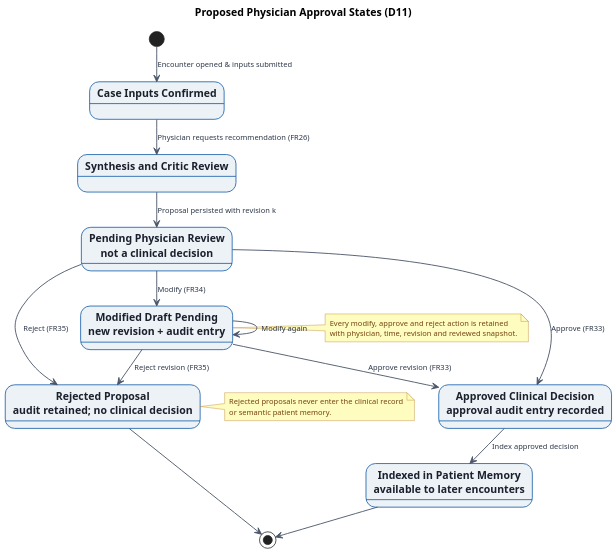
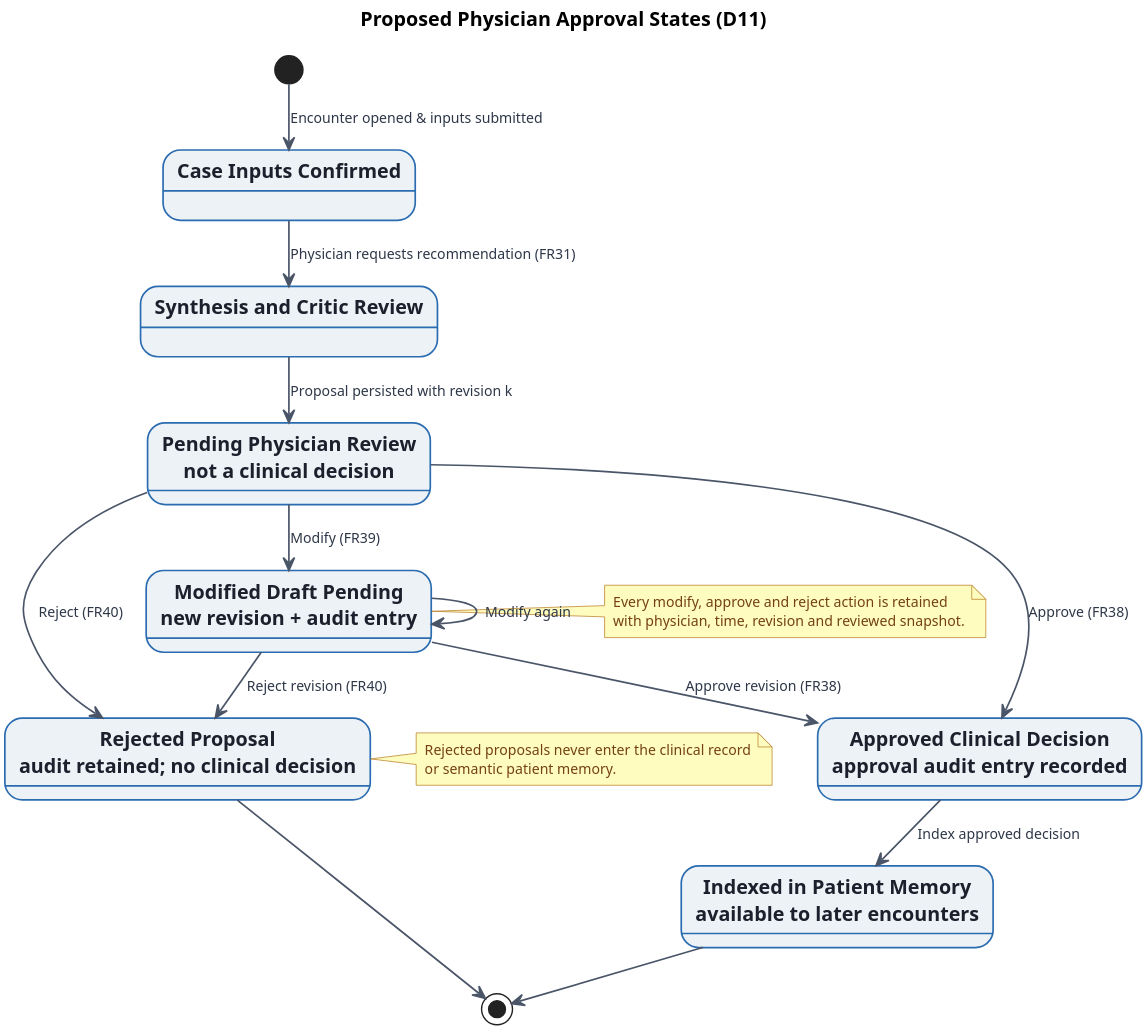
Before and after one commit to fatimamalik2307/fyp-report: the diagram in esha/diagrams/approval_states.puml, drawn with PlantUML. The commit also changed 53 other files, not shown here.

```diff
--- a/esha/diagrams/approval_states.puml
+++ b/esha/diagrams/approval_states.puml
@@ -1,81 +1,81 @@
 @startuml esha_D11_approval_states
 skinparam backgroundColor #FFFFFF
 skinparam shadowing false
 skinparam defaultFontName "Helvetica", "Arial", sans-serif
 skinparam defaultFontSize 14
-skinparam dpi 160
+skinparam dpi 300
 skinparam nodesep 32
 skinparam ranksep 32
 
 skinparam state {
     BackgroundColor #EDF2F7
     BorderColor #2B6CB0
     BorderThickness 1.2
     FontColor #1A202C
     FontStyle bold
     StartColor #2B6CB0
     EndColor #C53030
 }
 
 skinparam note {
     BackgroundColor #FEFCBF
     BorderColor #B7791F
     FontColor #744210
     FontSize 10
 }
 
 skinparam arrow {
     Color #4A5568
     Thickness 1.2
     FontColor #2D3748
     FontSize 10
 }
 
 title Proposed Physician Approval States (D11)
 
 [*] --> CaseDrafting : Encounter opened & inputs submitted
 
 state "Case Inputs Confirmed" as CaseDrafting
 
-CaseDrafting --> SynthesisAndCritic : Physician requests recommendation (FR26)
+CaseDrafting --> SynthesisAndCritic : Physician requests recommendation (FR31)
 
 state "Synthesis and Critic Review" as SynthesisAndCritic
 
 SynthesisAndCritic --> PendingReview : Proposal persisted with revision k
 
 state "Pending Physician Review\nnot a clinical decision" as PendingReview
 
 state "Modified Draft Pending\nnew revision + audit entry" as ModifiedDraftPending
 
 state "Approved Clinical Decision\napproval audit entry recorded" as ExplicitlyApproved
 
 state "Indexed in Patient Memory\navailable to later encounters" as IndexedInSemanticMemory
 
 state "Rejected Proposal\naudit retained; no clinical decision" as ExplicitlyRejected
 
 ' Transitions
-PendingReview --> ModifiedDraftPending : Modify (FR34)
+PendingReview --> ModifiedDraftPending : Modify (FR39)
 ModifiedDraftPending --> ModifiedDraftPending : Modify again
 
-PendingReview --> ExplicitlyApproved : Approve (FR33)
-ModifiedDraftPending --> ExplicitlyApproved : Approve revision (FR33)
+PendingReview --> ExplicitlyApproved : Approve (FR38)
+ModifiedDraftPending --> ExplicitlyApproved : Approve revision (FR38)
 
-PendingReview --> ExplicitlyRejected : Reject (FR35)
-ModifiedDraftPending --> ExplicitlyRejected : Reject revision (FR35)
+PendingReview --> ExplicitlyRejected : Reject (FR40)
+ModifiedDraftPending --> ExplicitlyRejected : Reject revision (FR40)
 
 ExplicitlyApproved --> IndexedInSemanticMemory : Index approved decision
 
 ExplicitlyRejected --> [*]
 IndexedInSemanticMemory --> [*]
 
 note right of ModifiedDraftPending
   Every modify, approve and reject action is retained
   with physician, time, revision and reviewed snapshot.
 end note
 
 note right of ExplicitlyRejected
   Rejected proposals never enter the clinical record
   or semantic patient memory.
 end note
 
 @enduml
```
